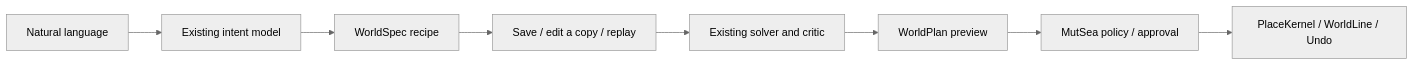
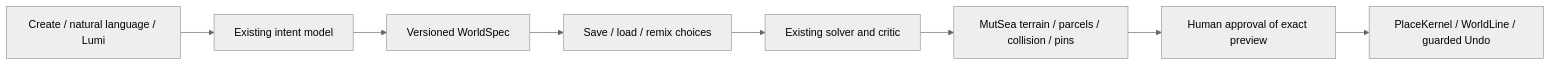
Before and after one commit to finalverse/desktop: the diagram in docs/finalverse/phase4b/world-architect-prototype.md, drawn with Mermaid (neutral theme). The commit also changed other lines of this file and 16 other files, not shown here.

Commit message:
feat(create): expose saved recipes, remix and Lumi co-building

````diff
--- a/docs/finalverse/phase4b/world-architect-prototype.md
+++ b/docs/finalverse/phase4b/world-architect-prototype.md
@@ -5,10 +5,10 @@
 ```mermaid
 flowchart LR
-    A[Natural language] --> B[Existing intent model]
-    B --> C[WorldSpec recipe]
-    C --> D[Save / edit a copy / replay]
+    A[Create / natural language / Lumi] --> B[Existing intent model]
+    B --> C[Versioned WorldSpec]
+    C --> D[Save / load / remix choices]
     D --> E[Existing solver and critic]
-    E --> F[WorldPlan preview]
-    F --> G[MutSea policy / approval]
-    G --> H[PlaceKernel / WorldLine / Undo]
+    E --> F[MutSea terrain / parcels / collision / pins]
+    F --> G[Human approval of exact preview]
+    G --> H[PlaceKernel / WorldLine / guarded Undo]
 ```
````
